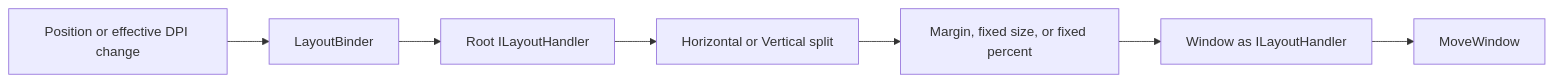
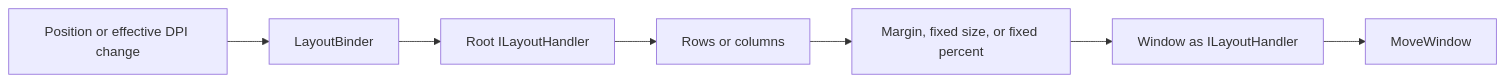
One commit to JeremyKuhne/thirtytwo changed the diagram in docs/layout-engine-evaluation.md. Above: the diagram before and after it, drawn with Mermaid. The commit also changed other lines of this file and 17 other files, not shown here.

````diff
--- a/docs/layout-engine-evaluation.md
+++ b/docs/layout-engine-evaluation.md
@@ -58,9 +59,9 @@
 ```mermaid
 flowchart LR
-  Message[Position or effective DPI change] --> Binder[LayoutBinder]
+    Message[Position or effective DPI change] --> Binder[LayoutBinder]
     Binder --> Root[Root ILayoutHandler]
-    Root --> Split[Horizontal or Vertical split]
+    Root --> Split[Rows or columns]
     Split --> Transform[Margin, fixed size, or fixed percent]
     Transform --> Leaf[Window as ILayoutHandler]
     Leaf --> Move[MoveWindow]
 ```
````
